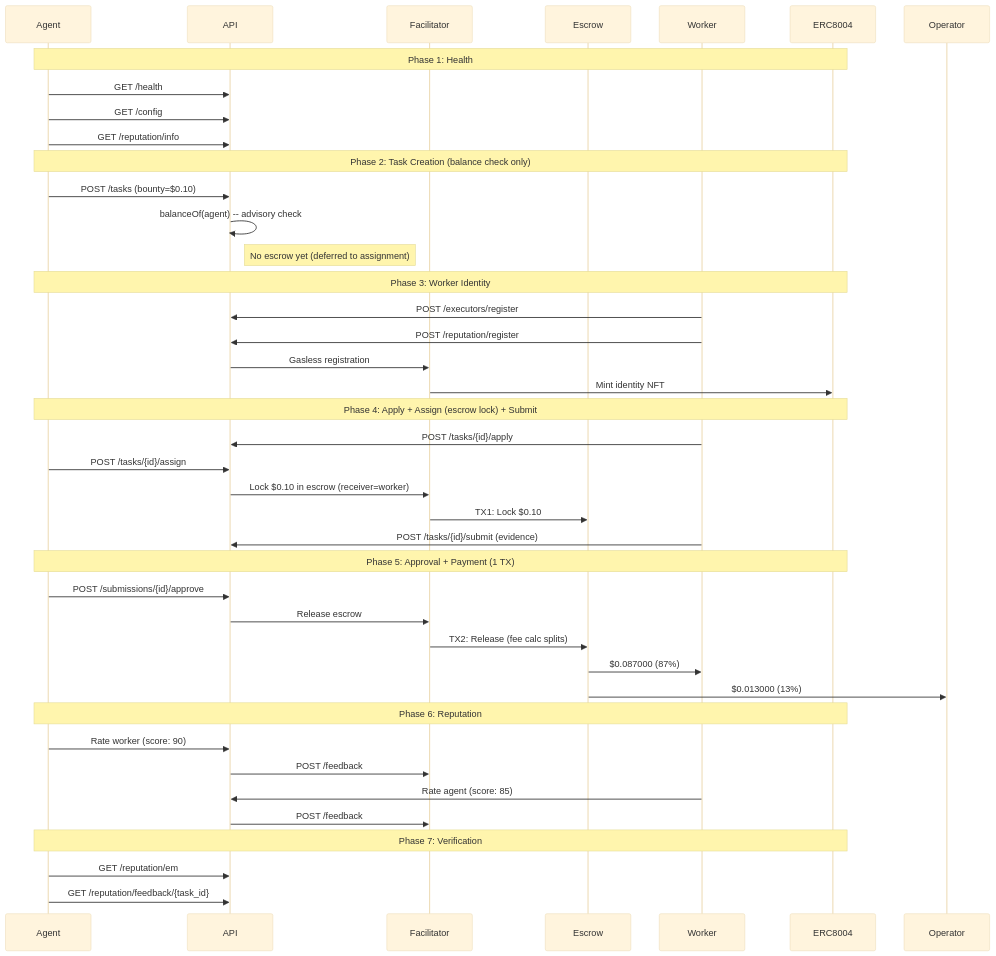
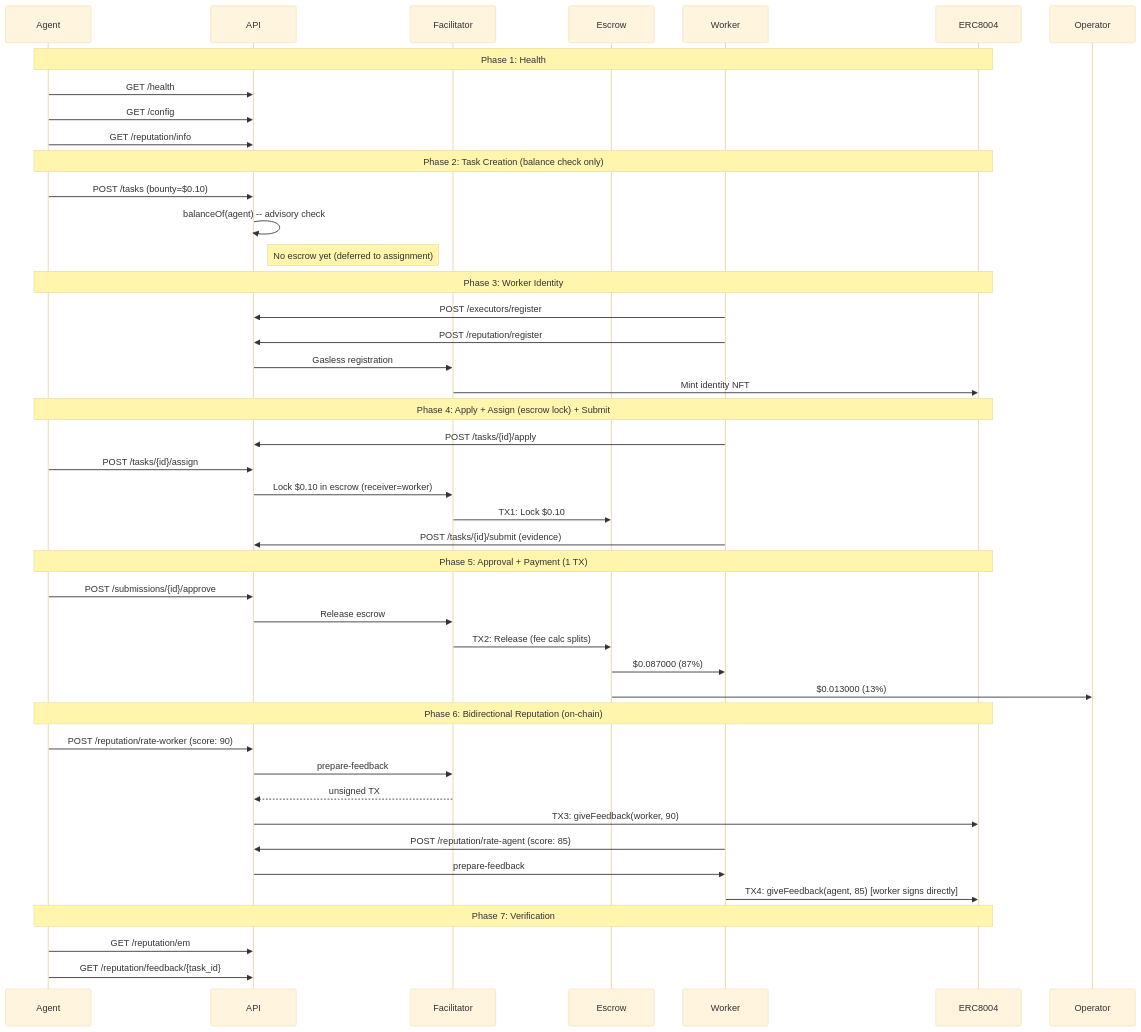
Before and after one commit to UltravioletaDAO/execution-market: the first of 2 diagrams in docs/reports/GOLDEN_FLOW_REPORT.md, drawn with Mermaid (base theme). The commit also changed other lines of this file and 2 other files, not shown here.

First line of the commit message:
docs: enhanced Golden Flow report + Ali validation notes

````diff
--- a/docs/reports/GOLDEN_FLOW_REPORT.md
+++ b/docs/reports/GOLDEN_FLOW_REPORT.md
@@ -40,49 +60,52 @@
 ```mermaid
 sequenceDiagram
     participant Agent
     participant API
     participant Facilitator
     participant Escrow
     participant Worker
     participant ERC8004
 
     Note over Agent,ERC8004: Phase 1: Health
     Agent->>API: GET /health
     Agent->>API: GET /config
     Agent->>API: GET /reputation/info
 
     Note over Agent,ERC8004: Phase 2: Task Creation (balance check only)
     Agent->>API: POST /tasks (bounty=$0.10)
     API->>API: balanceOf(agent) -- advisory check
     Note right of API: No escrow yet (deferred to assignment)
 
     Note over Agent,ERC8004: Phase 3: Worker Identity
     Worker->>API: POST /executors/register
     Worker->>API: POST /reputation/register
     API->>Facilitator: Gasless registration
     Facilitator->>ERC8004: Mint identity NFT
 
     Note over Agent,ERC8004: Phase 4: Apply + Assign (escrow lock) + Submit
     Worker->>API: POST /tasks/{id}/apply
     Agent->>API: POST /tasks/{id}/assign
     API->>Facilitator: Lock $0.10 in escrow (receiver=worker)
     Facilitator->>Escrow: TX1: Lock $0.10
     Worker->>API: POST /tasks/{id}/submit (evidence)
 
     Note over Agent,ERC8004: Phase 5: Approval + Payment (1 TX)
     Agent->>API: POST /submissions/{id}/approve
     API->>Facilitator: Release escrow
     Facilitator->>Escrow: TX2: Release (fee calc splits)
     Escrow->>Worker: $0.087000 (87%)
     Escrow->>Operator: $0.013000 (13%)
 
-    Note over Agent,ERC8004: Phase 6: Reputation
-    Agent->>API: Rate worker (score: 90)
-    API->>Facilitator: POST /feedback
-    Worker->>API: Rate agent (score: 85)
-    API->>Facilitator: POST /feedback
+    Note over Agent,ERC8004: Phase 6: Bidirectional Reputation (on-chain)
+    Agent->>API: POST /reputation/rate-worker (score: 90)
+    API->>Facilitator: prepare-feedback
+    Facilitator-->>API: unsigned TX
+    API->>ERC8004: TX3: giveFeedback(worker, 90)
+    Worker->>API: POST /reputation/rate-agent (score: 85)
+    API->>Worker: prepare-feedback
+    Worker->>ERC8004: TX4: giveFeedback(agent, 85) [worker signs directly]
 
     Note over Agent,ERC8004: Phase 7: Verification
     Agent->>API: GET /reputation/em
     Agent->>API: GET /reputation/feedback/{task_id}
 ```
````
